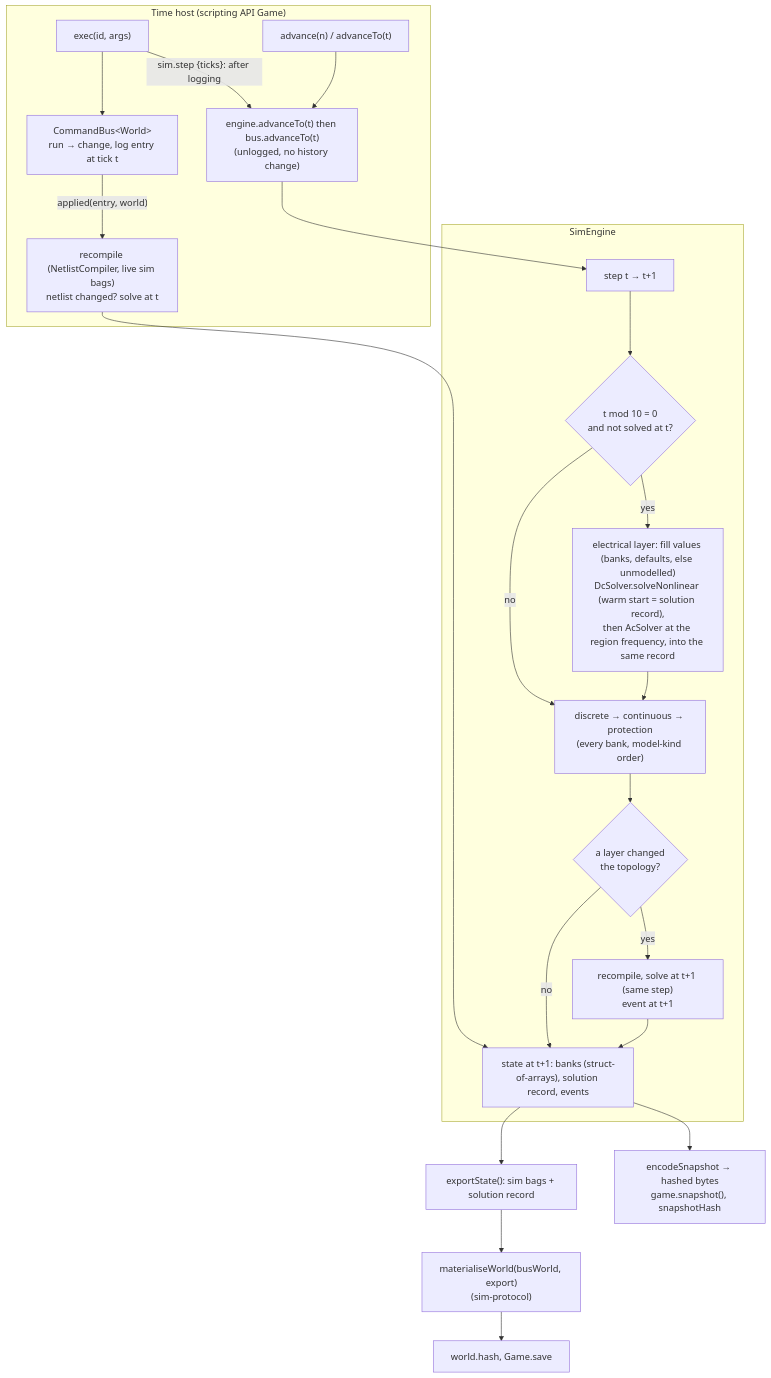
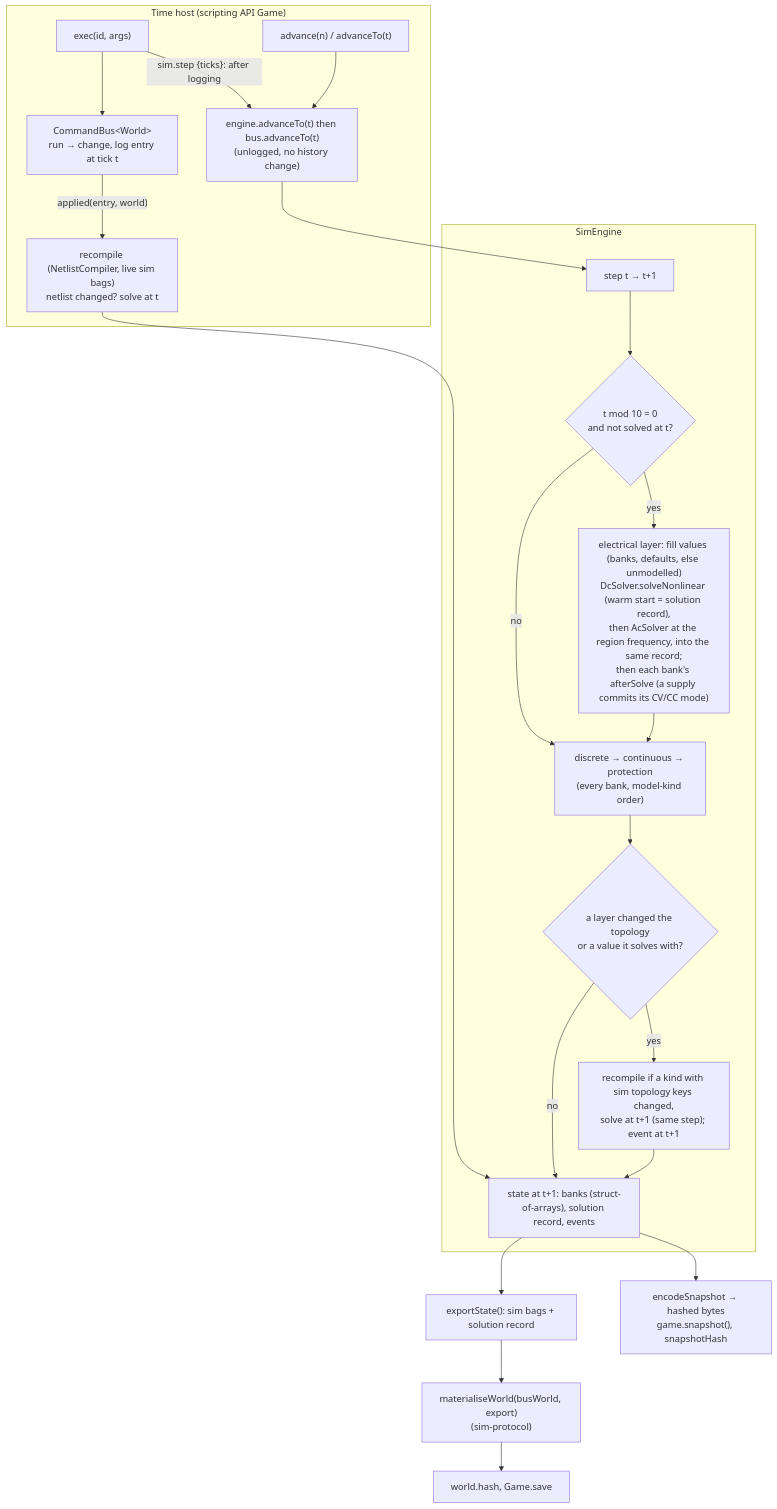
One commit to joebarbere/controls changed the sixth of 9 diagrams in docs/architecture/simulation.md. Above: the diagram before and after it, drawn with Mermaid. The commit also changed other lines of this file and 79 other files, not shown here.

````diff
--- a/docs/architecture/simulation.md
+++ b/docs/architecture/simulation.md
@@ -378,25 +378,25 @@
 ```mermaid
 flowchart TB
     subgraph host["Time host (scripting API Game)"]
       EXEC["exec(id, args)"] --> BUS["CommandBus&lt;World&gt;<br/>run → change, log entry at tick t"]
       BUS -->|"applied(entry, world)"| APPLY
       EXEC -->|"sim.step {ticks}: after logging"| ADV
       ADVAPI["advance(n) / advanceTo(t)"] --> ADV["engine.advanceTo(t) then bus.advanceTo(t)<br/>(unlogged, no history change)"]
     end
     subgraph engine["SimEngine"]
       APPLY["recompile (NetlistCompiler, live sim bags)<br/>netlist changed? solve at t"] --> STATE
       ADV --> STEP
       STEP["step t → t+1"] --> S1{"t mod 10 = 0<br/>and not solved at t?"}
-      S1 -->|yes| SOLVE["electrical layer: fill values (banks, defaults, else unmodelled)<br/>DcSolver.solveNonlinear (warm start = solution record),<br/>then AcSolver at the region frequency, into the same record"]
+      S1 -->|yes| SOLVE["electrical layer: fill values (banks, defaults, else unmodelled)<br/>DcSolver.solveNonlinear (warm start = solution record),<br/>then AcSolver at the region frequency, into the same record;<br/>then each bank's afterSolve (a supply commits its CV/CC mode)"]
       S1 -->|no| L
       SOLVE --> L["discrete → continuous → protection<br/>(every bank, model-kind order)"]
-      L --> S2{"a layer changed<br/>the topology?"}
-      S2 -->|yes| TRIP["recompile, solve at t+1 (same step)<br/>event at t+1"]
+      L --> S2{"a layer changed the topology<br/>or a value it solves with?"}
+      S2 -->|yes| TRIP["recompile if a kind with sim topology keys changed,<br/>solve at t+1 (same step); event at t+1"]
       S2 -->|no| STATE
       TRIP --> STATE["state at t+1: banks (struct-of-arrays), solution record, events"]
     end
     STATE --> EXPORT["exportState(): sim bags + solution record"]
     EXPORT --> MAT["materialiseWorld(busWorld, export)<br/>(sim-protocol)"]
     MAT --> HASH["world.hash, Game.save"]
     STATE --> SNAP["encodeSnapshot → hashed bytes<br/>game.snapshot(), snapshotHash"]
 ```
````
